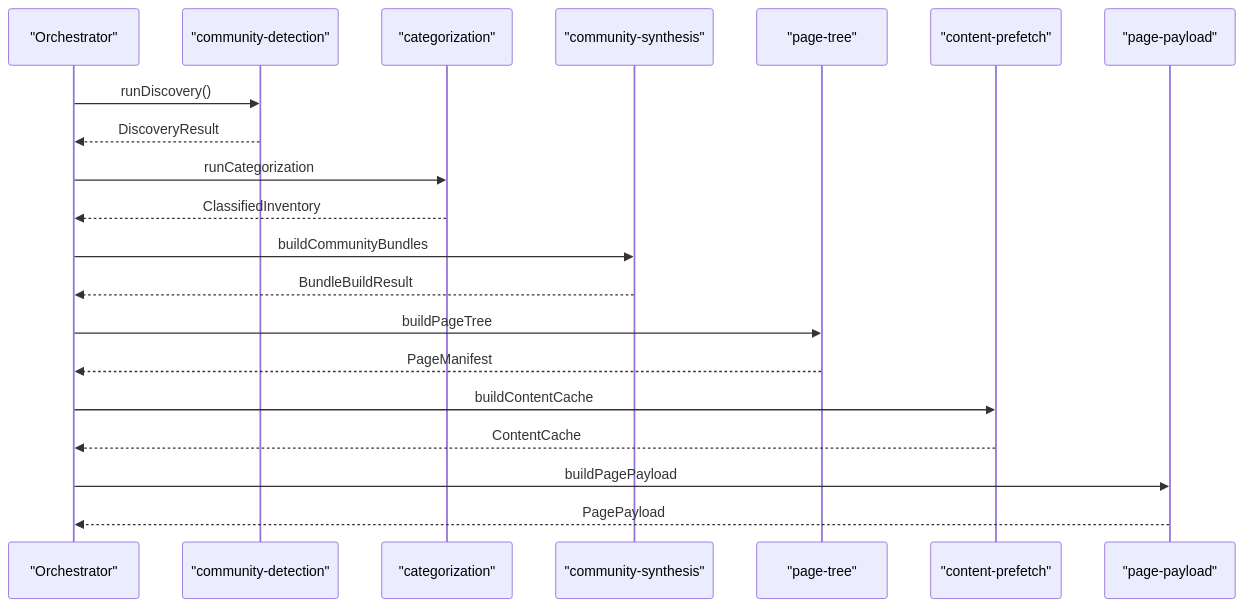
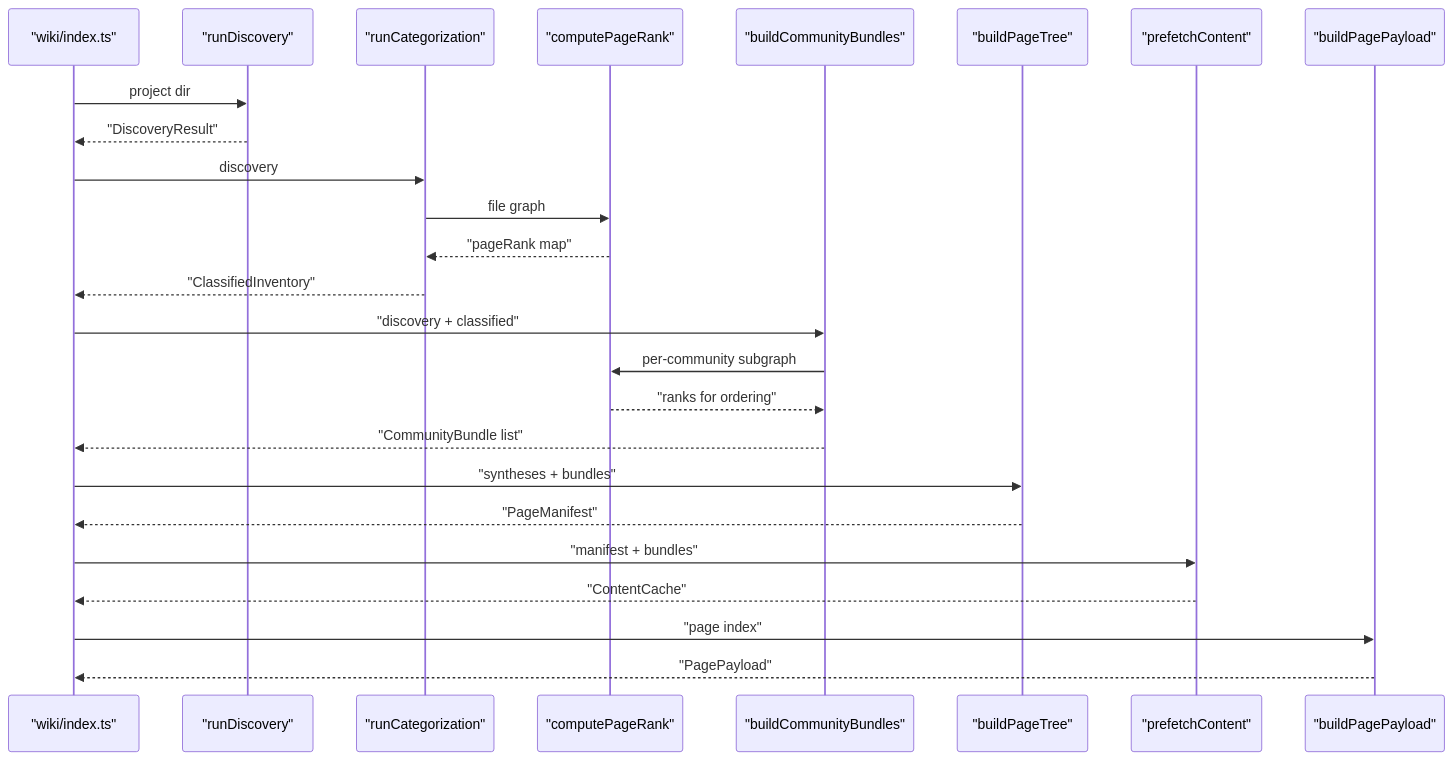
Before and after one commit to TheWinci/mimirs: the first of 2 diagrams in wiki/communities/wiki-pipeline-internals.md, drawn with Mermaid. The commit also changed other lines of this file and 36 other files, not shown here.

````diff
--- a/wiki/communities/wiki-pipeline-internals.md
+++ b/wiki/communities/wiki-pipeline-internals.md
@@ -71,22 +61,28 @@
 ```mermaid
 sequenceDiagram
-  participant orch as "Orchestrator"
-  participant disc as "community-detection"
-  participant cat as "categorization"
-  participant syn as "community-synthesis"
-  participant pt as "page-tree"
-  participant pf as "content-prefetch"
-  participant pp as "page-payload"
-  orch->>disc: runDiscovery()
-  disc-->>orch: DiscoveryResult
-  orch->>cat: runCategorization
-  cat-->>orch: ClassifiedInventory
-  orch->>syn: buildCommunityBundles
-  syn-->>orch: BundleBuildResult
-  orch->>pt: buildPageTree
-  pt-->>orch: PageManifest
-  orch->>pf: buildContentCache
-  pf-->>orch: ContentCache
-  orch->>pp: buildPagePayload
-  pp-->>orch: PagePayload
+  participant orch as "wiki/index.ts"
+  participant disc as "runDiscovery"
+  participant cat as "runCategorization"
+  participant prFn as "computePageRank"
+  participant bundle as "buildCommunityBundles"
+  participant tree as "buildPageTree"
+  participant prefetch as "prefetchContent"
+  participant payload as "buildPagePayload"
+
+  orch->>disc: project dir
+  disc-->>orch: "DiscoveryResult"
+  orch->>cat: discovery
+  cat->>prFn: file graph
+  prFn-->>cat: "pageRank map"
+  cat-->>orch: "ClassifiedInventory"
+  orch->>bundle: "discovery + classified"
+  bundle->>prFn: per-community subgraph
+  prFn-->>bundle: "ranks for ordering"
+  bundle-->>orch: "CommunityBundle list"
+  orch->>tree: "syntheses + bundles"
+  tree-->>orch: "PageManifest"
+  orch->>prefetch: "manifest + bundles"
+  prefetch-->>orch: "ContentCache"
+  orch->>payload: "page index"
+  payload-->>orch: "PagePayload"
 ```
````
